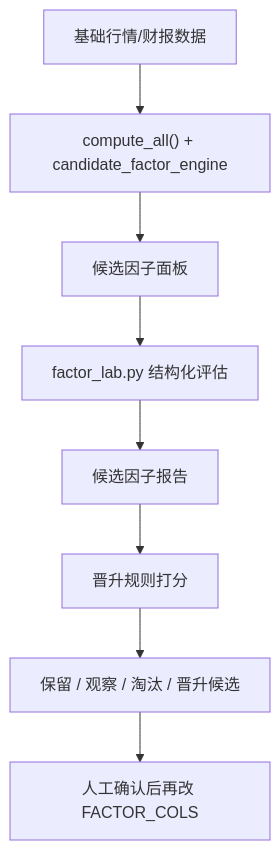
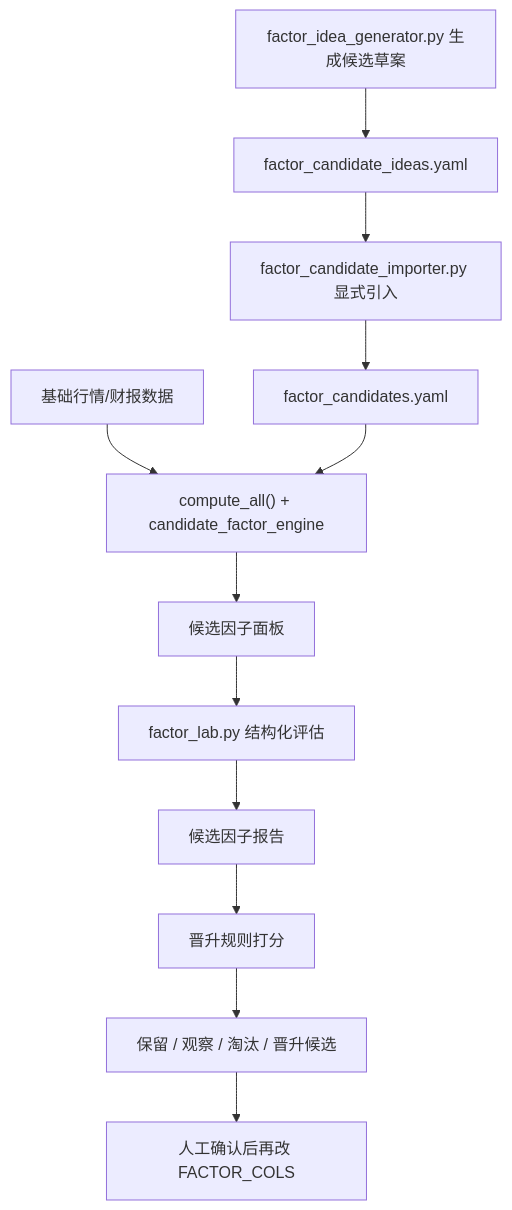
The diagram in FACTOR_DISCOVERY_PLAN.md (maxwu1978/stock-analysis), drawn with Mermaid before and after one commit. The commit also changed other lines of this file and 17 other files, not shown here.

````diff
--- a/FACTOR_DISCOVERY_PLAN.md
+++ b/FACTOR_DISCOVERY_PLAN.md
@@ -75,10 +78,14 @@
 ```mermaid
 flowchart TD
+    A0["factor_idea_generator.py 生成候选草案"] --> A1["factor_candidate_ideas.yaml"]
+    A1 --> A2["factor_candidate_importer.py 显式引入"]
+    A2 --> A3["factor_candidates.yaml"]
     A["基础行情/财报数据"] --> B["compute_all() + candidate_factor_engine"]
+    A3 --> B
     B --> C["候选因子面板"]
     C --> D["factor_lab.py 结构化评估"]
     D --> E["候选因子报告"]
     E --> F["晋升规则打分"]
     F --> G["保留 / 观察 / 淘汰 / 晋升候选"]
     G --> H["人工确认后再改 FACTOR_COLS"]
 ```
````
